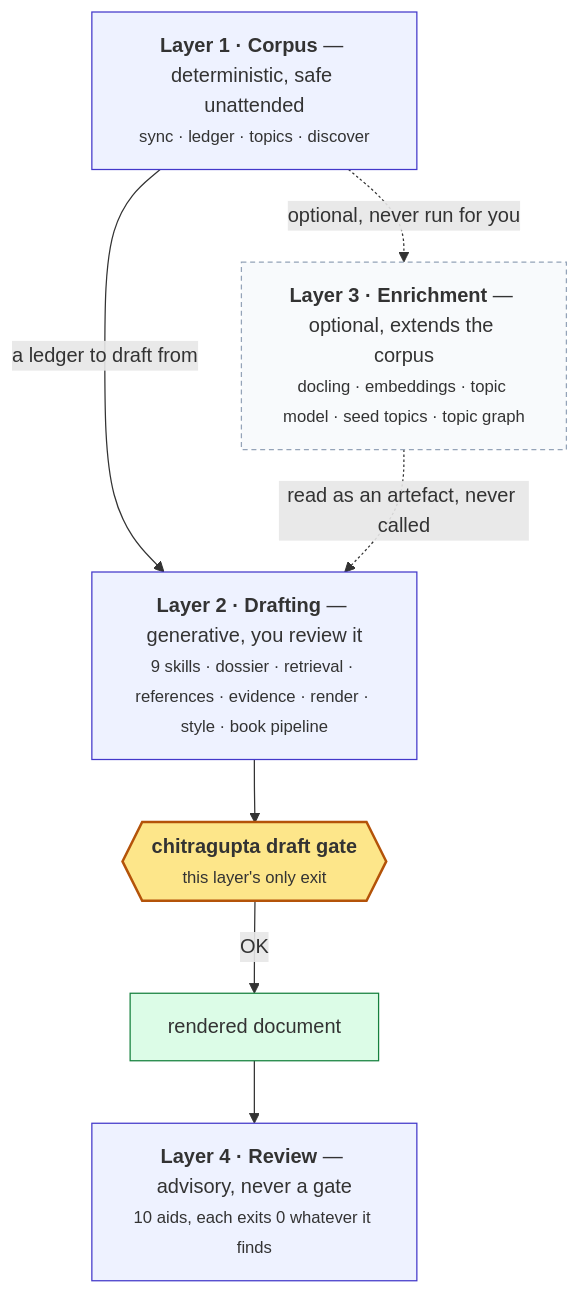
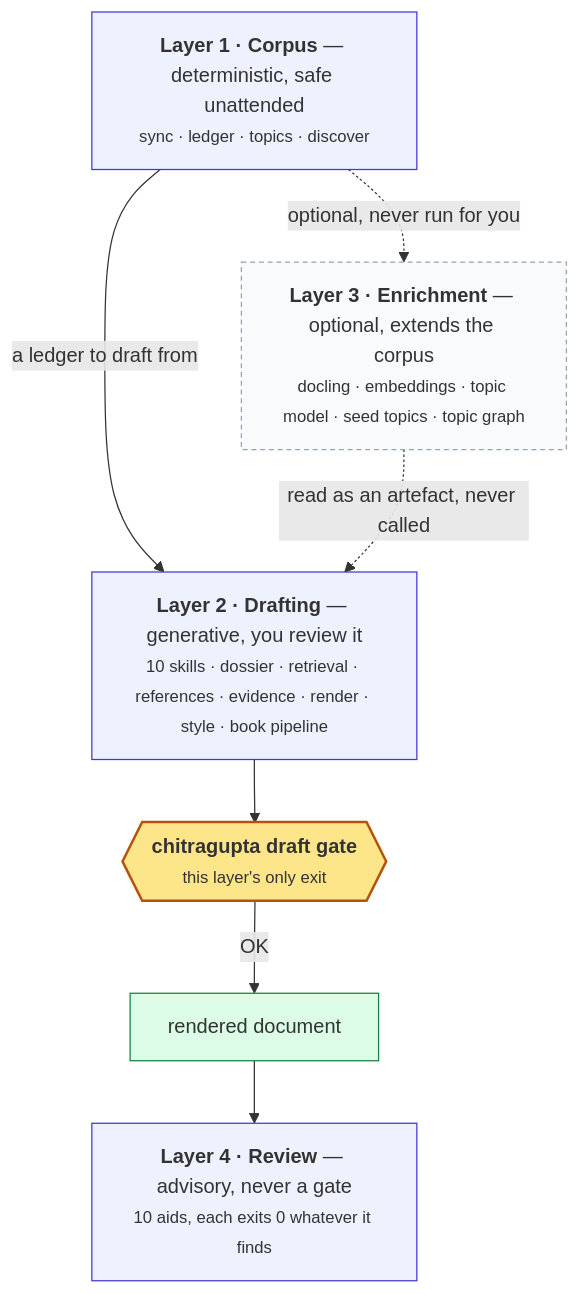
Before and after one commit to prasadtalasila/chitragupta: the second of 3 diagrams in docs/FEATURES.md, drawn with Mermaid. The commit also changed other lines of this file and 19 other files, not shown here.

Commit message:
Add the figure-drawer skill the genre skills will hand figures to

````diff
--- a/docs/FEATURES.md
+++ b/docs/FEATURES.md
@@ -97,21 +97,21 @@
 ```mermaid
 flowchart TB
   L1["<b>Layer 1 · Corpus</b> — deterministic, safe unattended<br/><small>sync · ledger · topics · discover</small>"]:::f
   L3["<b>Layer 3 · Enrichment</b> — optional, extends the corpus<br/><small>docling · embeddings · topic model · seed topics · topic graph</small>"]:::o
-  L2["<b>Layer 2 · Drafting</b> — generative, you review it<br/><small>9 skills · dossier · retrieval · references · evidence · render · style · book pipeline</small>"]:::f
+  L2["<b>Layer 2 · Drafting</b> — generative, you review it<br/><small>10 skills · dossier · retrieval · references · evidence · render · style · book pipeline</small>"]:::f
   GATE{{"<b>chitragupta draft gate</b><br/><small>this layer's only exit</small>"}}:::g
   OUT["rendered document"]:::out
   L4["<b>Layer 4 · Review</b> — advisory, never a gate<br/><small>10 aids, each exits 0 whatever it finds</small>"]:::f
 
   L1 -->|"a ledger to draft from"| L2
   L1 -.->|"optional, never run for you"| L3
   L3 -.->|"read as an artefact, never called"| L2
   L2 --> GATE
   GATE -->|"OK"| OUT
   OUT --> L4
 
   classDef f fill:#eef2ff,stroke:#4338ca
   classDef o fill:#f8fafc,stroke:#94a3b8,stroke-dasharray:4 3
   classDef g fill:#fde68a,stroke:#b45309,stroke-width:2px
   classDef out fill:#dcfce7,stroke:#15803d
 ```
````
